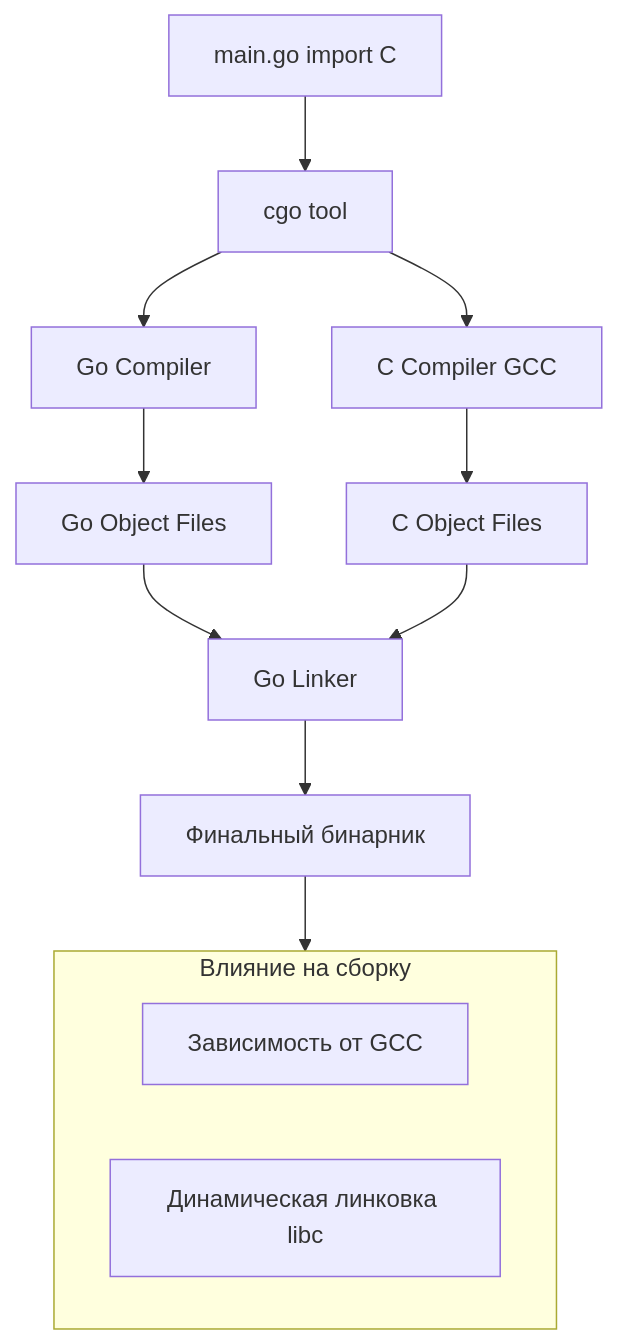
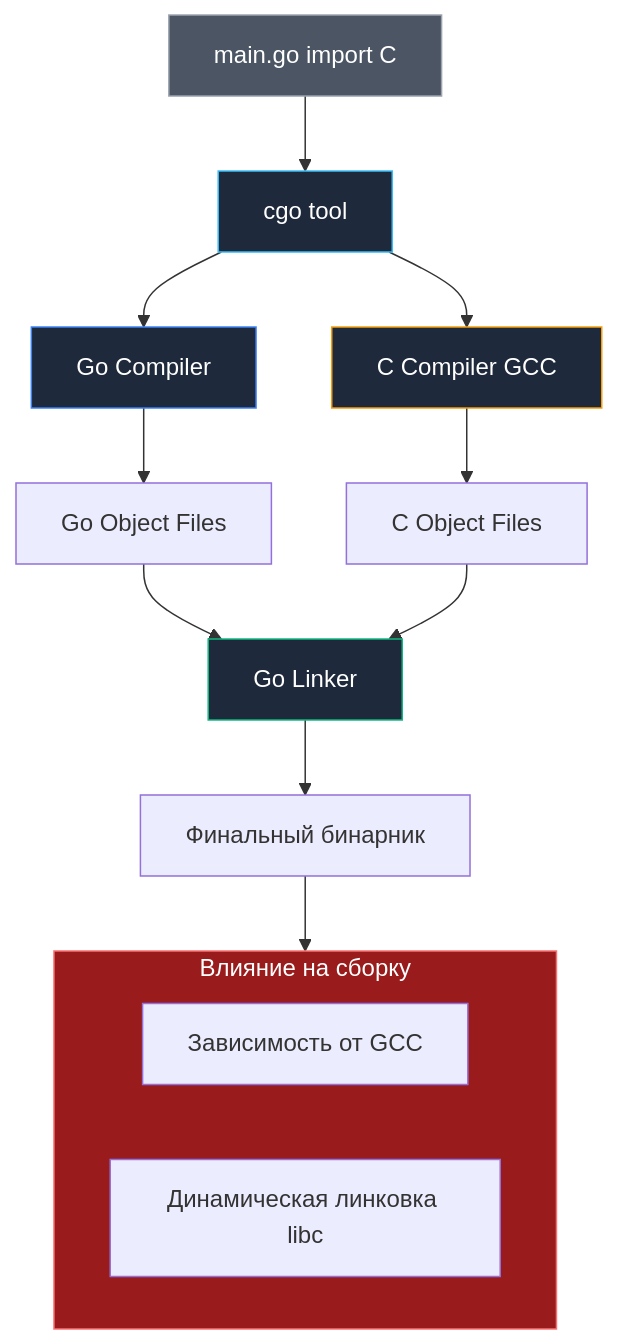
The diagram in sources/8. Инфраструктура языка, Тулинг и CI_CD/34. CGO и его влияние на сборку.md (UnrealTemplier/go-textbook), drawn with Mermaid before and after one commit. The commit also changed other lines of this file, not shown here.

````diff
--- a/sources/8. Инфраструктура языка, Тулинг и CI_CD/34. CGO и его влияние на сборку.md
+++ b/sources/8. Инфраструктура языка, Тулинг и CI_CD/34. CGO и его влияние на сборку.md
@@ -17,22 +21,29 @@
 ```mermaid
 flowchart TD
     A["main.go import C"] --> B["cgo tool"]
     
     B --> C["Go Compiler"]
     B --> D["C Compiler GCC"]
     
     C --> E["Go Object Files"]
     D --> F["C Object Files"]
     
     E --> G["Go Linker"]
     F --> G
     
     G --> H["Финальный бинарник"]
     
     subgraph Impact ["Влияние на сборку"]
         I["Зависимость от GCC"]
         J["Динамическая линковка libc"]
     end
     
     H --> Impact
+    
+    style A fill:#4b5563,stroke:#9ca3af,color:#fff
+    style B fill:#1e293b,stroke:#38bdf8,color:#fff
+    style C fill:#1e293b,stroke:#3b82f6,color:#fff
+    style D fill:#1e293b,stroke:#f59e0b,color:#fff
+    style G fill:#1e293b,stroke:#10b981,color:#fff
+    style Impact fill:#991b1b,stroke:#f87171,color:#fff
 ```
````
